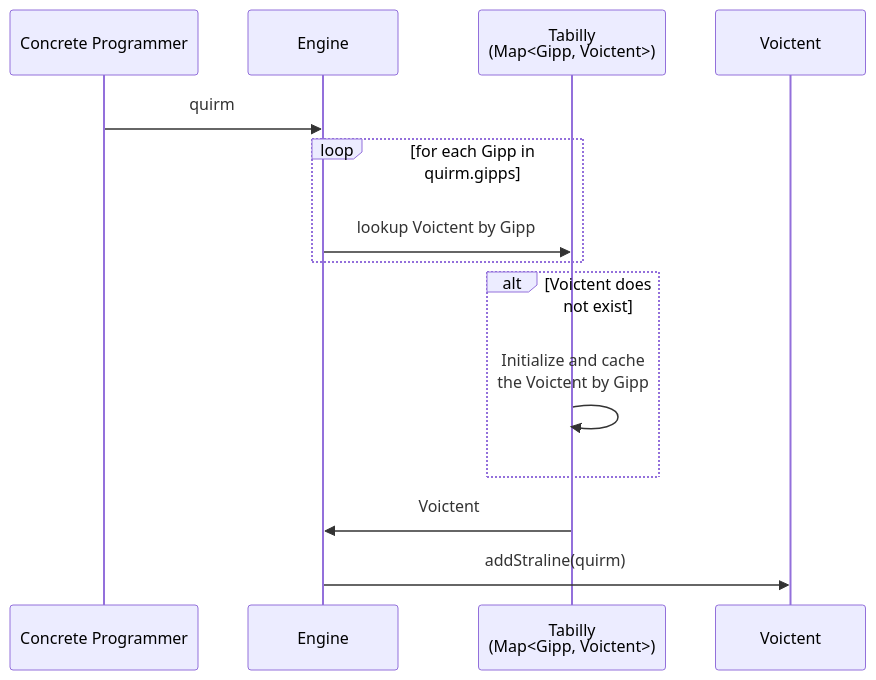
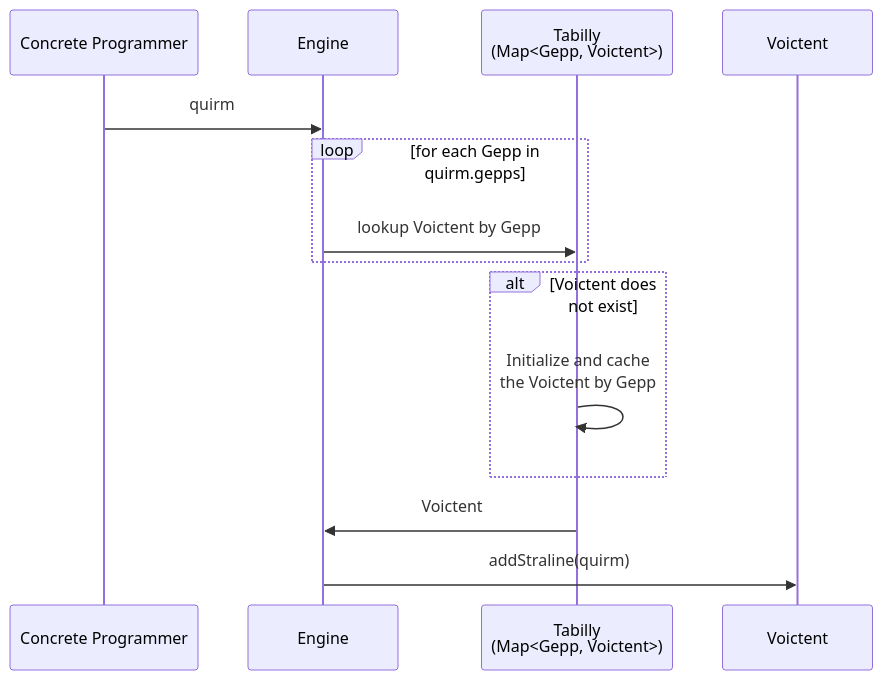
One commit to rachidlamouri/testing-platform changed the sixth of 6 diagrams in packages/open-schema-type-script/README.md. Above: the diagram before and after it, drawn with Mermaid. The commit also changed other lines of this file and 11 other files, not shown here.

Commit message:
Rename Gipp to Gepp

````diff
--- a/packages/open-schema-type-script/README.md
+++ b/packages/open-schema-type-script/README.md
@@ -185,20 +185,20 @@
 ```mermaid
 sequenceDiagram
   participant P as Concrete Programmer
   participant E as Engine
-  participant T as Tabilly <br> (Map<Gipp, Voictent>)
+  participant T as Tabilly <br> (Map<Gepp, Voictent>)
   participant V as Voictent
 
   P ->> E: quirm
 
-  loop for each Gipp in quirm.gipps
-    E ->> T: lookup Voictent by Gipp
+  loop for each Gepp in quirm.gepps
+    E ->> T: lookup Voictent by Gepp
   end
 
   alt Voictent does not exist
-    T ->> T: Initialize and cache <br> the Voictent by Gipp
+    T ->> T: Initialize and cache <br> the Voictent by Gepp
   end
 
   T ->> E: Voictent
   E ->> V: addStraline(quirm)
 ```
````
